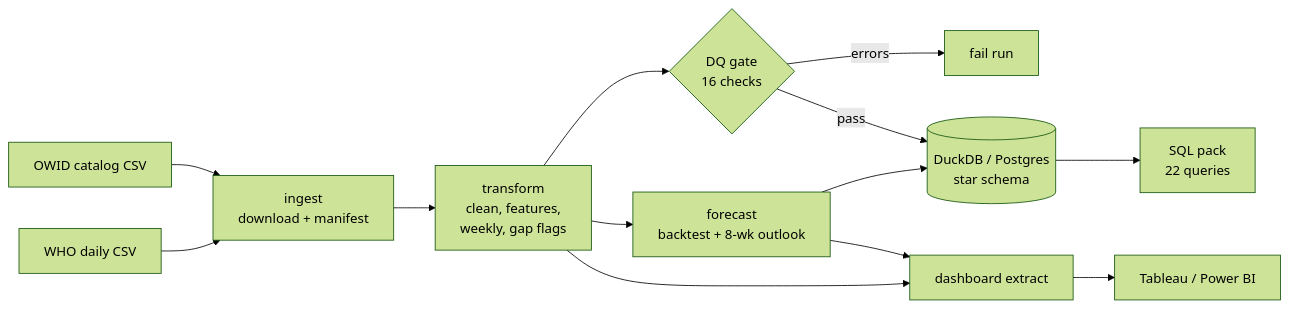
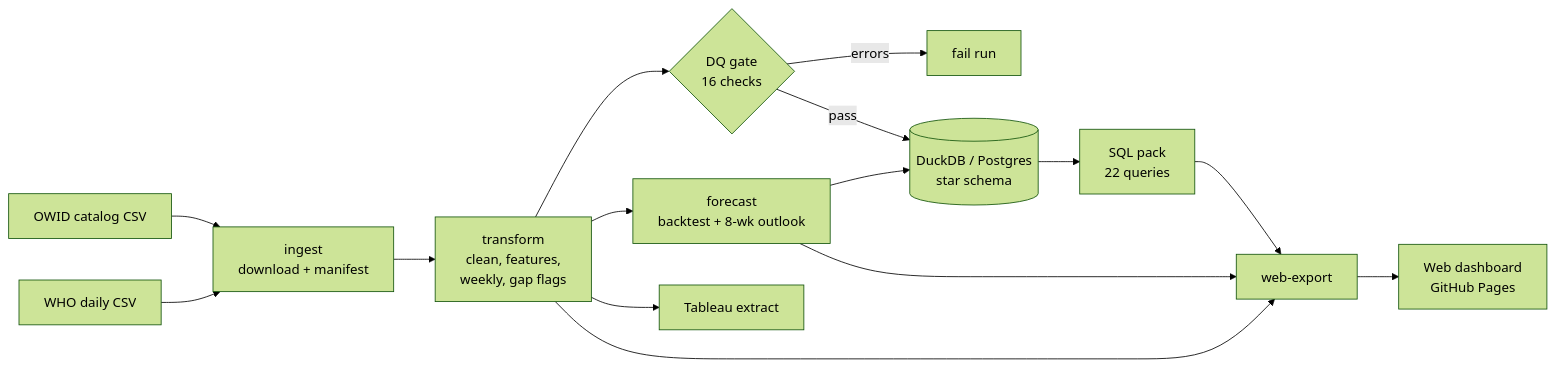
One commit to aagamshah15/COVID-19-Analytics changed the diagram in README.md. Above: the diagram before and after it, drawn with Mermaid (forest theme). The commit also changed other lines of this file and 44 other files, not shown here.

First line of the commit message:
Build the interactive web dashboard

````diff
--- a/README.md
+++ b/README.md
@@ -32,15 +33,17 @@
 ```mermaid
 flowchart LR
     A[OWID catalog CSV] --> I[ingest<br/>download + manifest]
     B[WHO daily CSV] --> I
     I --> T[transform<br/>clean, features,<br/>weekly, gap flags]
     T --> Q{DQ gate<br/>16 checks}
     Q -- errors --> X[fail run]
     Q -- pass --> W[(DuckDB / Postgres<br/>star schema)]
     T --> F[forecast<br/>backtest + 8-wk outlook]
     F --> W
     W --> S[SQL pack<br/>22 queries]
-    T --> E[dashboard extract]
-    F --> E
-    E --> D[Tableau / Power BI]
+    S --> J[web-export]
+    F --> J
+    T --> J
+    J --> D[Web dashboard<br/>GitHub Pages]
+    T --> E[Tableau extract]
 ```
````
